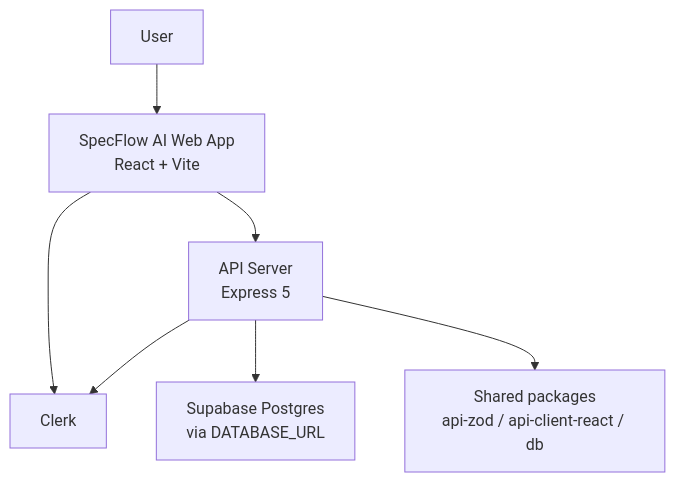
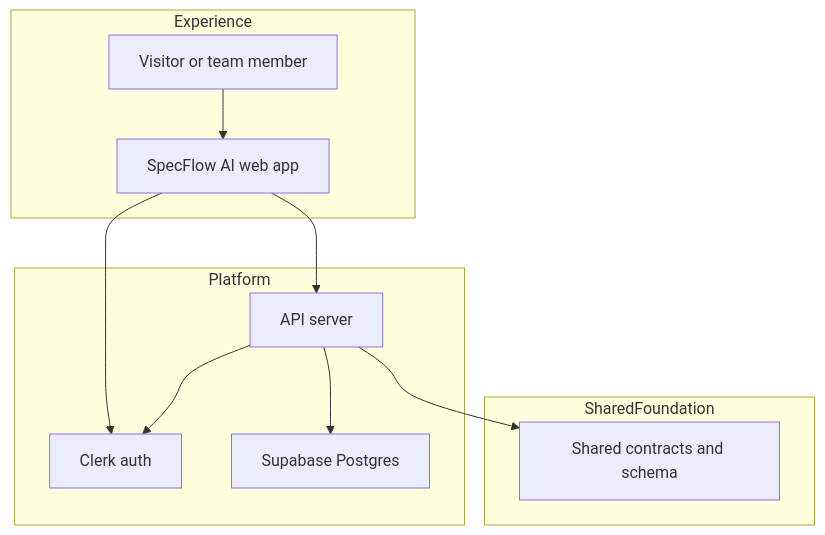
Before and after one commit to Hany-R-Mahmoud/spec-flow: the second of 3 diagrams in README.md, drawn with Mermaid. The commit also changed other lines of this file and 1 other file, not shown here.

````diff
--- a/README.md
+++ b/README.md
@@ -85,9 +89,24 @@
 ```mermaid
 flowchart TB
-    U["User"] --> W["SpecFlow AI Web App<br/>React + Vite"]
-    W --> C["Clerk"]
-    W --> API["API Server<br/>Express 5"]
+    subgraph Experience
+        U["Visitor or team member"]
+        W["SpecFlow AI web app"]
+    end
+
+    subgraph Platform
+        C["Clerk auth"]
+        API["API server"]
+        DB["Supabase Postgres"]
+    end
+
+    subgraph SharedFoundation
+        PKG["Shared contracts and schema"]
+    end
+
+    U --> W
+    W --> C
+    W --> API
     API --> C
-    API --> DB["Supabase Postgres<br/>via DATABASE_URL"]
-    API --> PKG["Shared packages<br/>api-zod / api-client-react / db"]
+    API --> DB
+    API --> PKG
 ```
````
